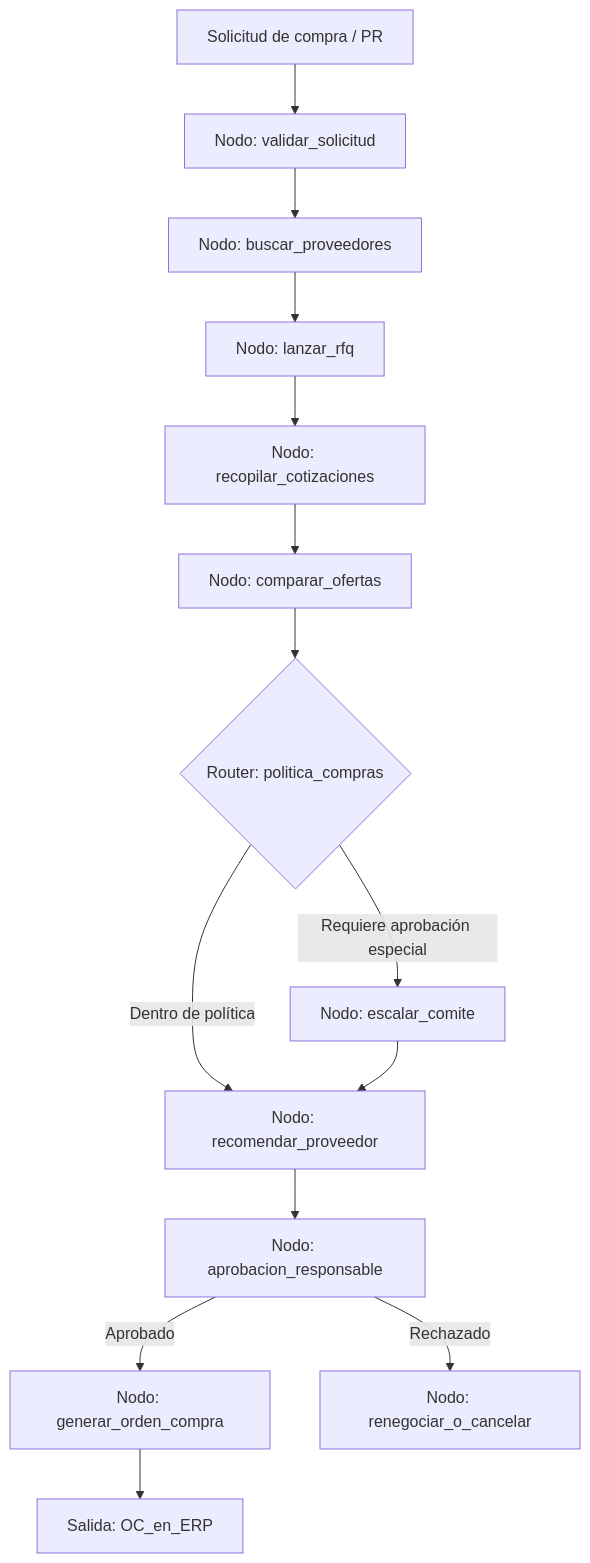
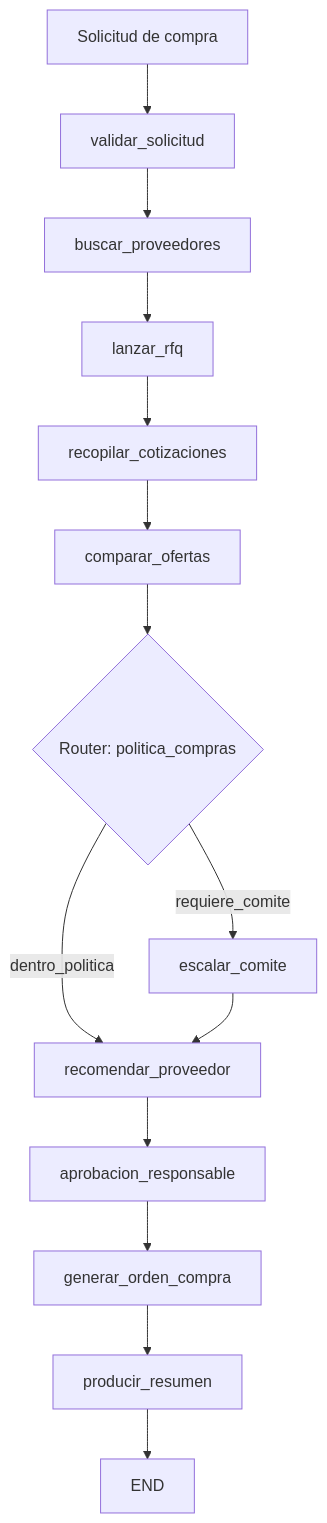
The diagram in cases/07-compras-abastecimiento/README.md (vladimiracunadev-create/langgraph-realworld), drawn with Mermaid before and after one commit. The commit also changed other lines of this file and 20 other files, not shown here.

````diff
--- a/cases/07-compras-abastecimiento/README.md
+++ b/cases/07-compras-abastecimiento/README.md
@@ -16,16 +28,16 @@
 ```mermaid
 graph TD
-    A[Solicitud de compra / PR] --> B[Nodo: validar_solicitud]
-    B --> C[Nodo: buscar_proveedores]
-    C --> D[Nodo: lanzar_rfq]
-    D --> E[Nodo: recopilar_cotizaciones]
-    E --> F[Nodo: comparar_ofertas]
+    A[Solicitud de compra] --> B[validar_solicitud]
+    B --> C[buscar_proveedores]
+    C --> D[lanzar_rfq]
+    D --> E[recopilar_cotizaciones]
+    E --> F[comparar_ofertas]
     F --> G{Router: politica_compras}
-    G -->|Dentro de política| H[Nodo: recomendar_proveedor]
-    G -->|Requiere aprobación especial| I[Nodo: escalar_comite]
+    G -->|dentro_politica| H[recomendar_proveedor]
+    G -->|requiere_comite| I[escalar_comite]
     I --> H
-    H --> J[Nodo: aprobacion_responsable]
-    J -->|Aprobado| K[Nodo: generar_orden_compra]
-    J -->|Rechazado| L[Nodo: renegociar_o_cancelar]
-    K --> M[Salida: OC_en_ERP]
+    H --> J[aprobacion_responsable]
+    J --> K[generar_orden_compra]
+    K --> L[producir_resumen]
+    L --> END
 ```
````
